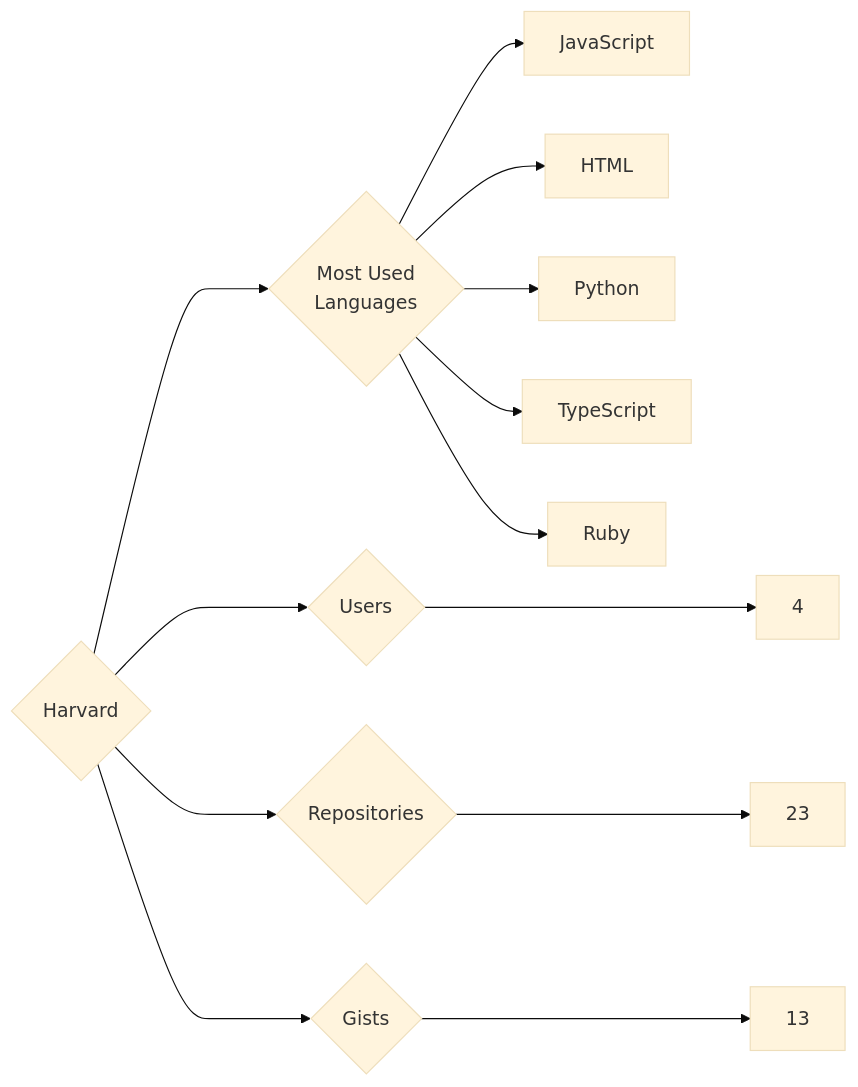
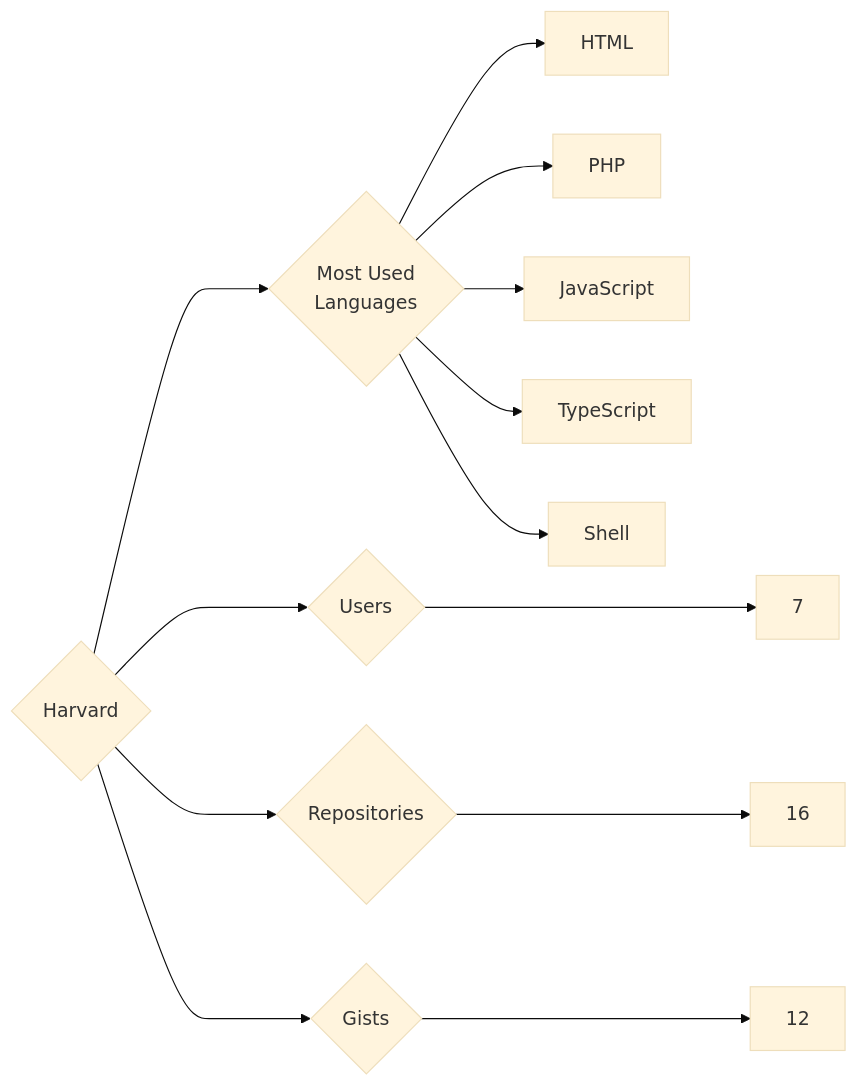
One commit to trickest/insiders changed the diagram in targets/Harvard/README.md. Above: the diagram before and after it, drawn with Mermaid (base theme). The commit also changed 988 other files, not shown here.

````diff
--- a/targets/Harvard/README.md
+++ b/targets/Harvard/README.md
@@ -3,13 +3,13 @@
 ```mermaid
 graph LR
 COMPANY_NAME{Harvard}
-COMPANY_NAME ---> U{Users} ---> UN[4]
-COMPANY_NAME ---> R{Repositories} ---> RN[23]
-COMPANY_NAME ---> G{Gists} ---> GN[13]
+COMPANY_NAME ---> U{Users} ---> UN[7]
+COMPANY_NAME ---> R{Repositories} ---> RN[16]
+COMPANY_NAME ---> G{Gists} ---> GN[12]
 COMPANY_NAME ---> ML{Most Used<br>Languages}
+ML --> HTML[HTML]
+ML --> PHP[PHP]
 ML --> JavaScript[JavaScript]
-ML --> HTML[HTML]
-ML --> Python[Python]
 ML --> TypeScript[TypeScript]
-ML --> Ruby[Ruby]
+ML --> Shell[Shell]
 ```
````
